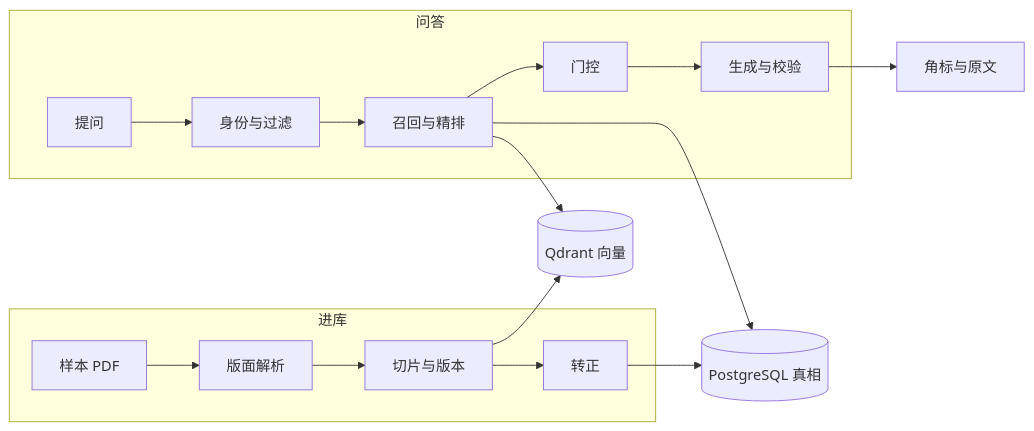
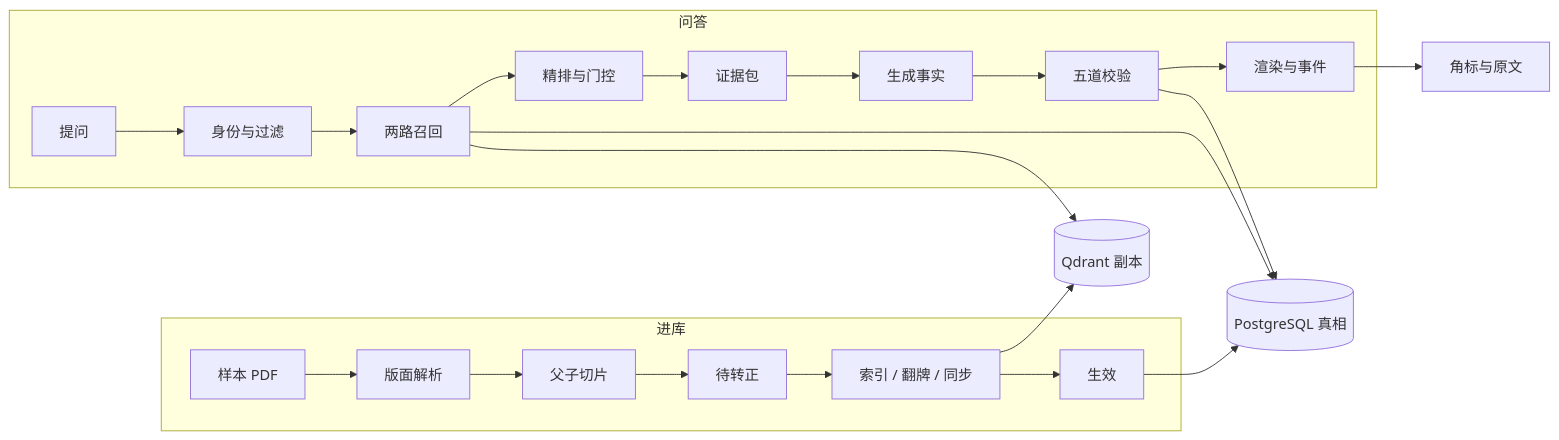
The first of 16 diagrams in 详细设计.md (kvchen95/ai-rag), drawn with Mermaid before and after one commit. The commit also changed other lines of this file and 4 other files, not shown here.

First line of the commit message:
docs: 按当前实现重写架构图集、概要设计与详细设计

````diff
--- a/详细设计.md
+++ b/详细设计.md
@@ -17,14 +16,17 @@
 ```mermaid
 flowchart LR
     subgraph 进库
-        A1["样本 PDF"] --> A2["版面解析"] --> A3["切片与版本"] --> A4["转正"]
+        A1["样本 PDF"] --> A2["版面解析"] --> A3["父子切片"] --> A4["待转正"]
+        A4 --> A5["索引 / 翻牌 / 同步"] --> A6["生效"]
     end
     subgraph 问答
-        B1["提问"] --> B2["身份与过滤"] --> B3["召回与精排"] --> B4["门控"] --> B5["生成与校验"]
+        B1["提问"] --> B2["身份与过滤"] --> B3["两路召回"] --> B4["精排与门控"]
+        B4 --> B5["证据包"] --> B6["生成事实"] --> B7["五道校验"] --> B8["渲染与事件"]
     end
-    A4 --> DB[("PostgreSQL 真相")]
-    A3 --> VEC[("Qdrant 向量")]
+    A6 --> DB[("PostgreSQL 真相")]
+    A5 --> VEC[("Qdrant 副本")]
     B3 --> VEC
     B3 --> DB
-    B5 --> B6["角标与原文"]
+    B7 --> DB
+    B8 --> C1["角标与原文"]
 ```
````
